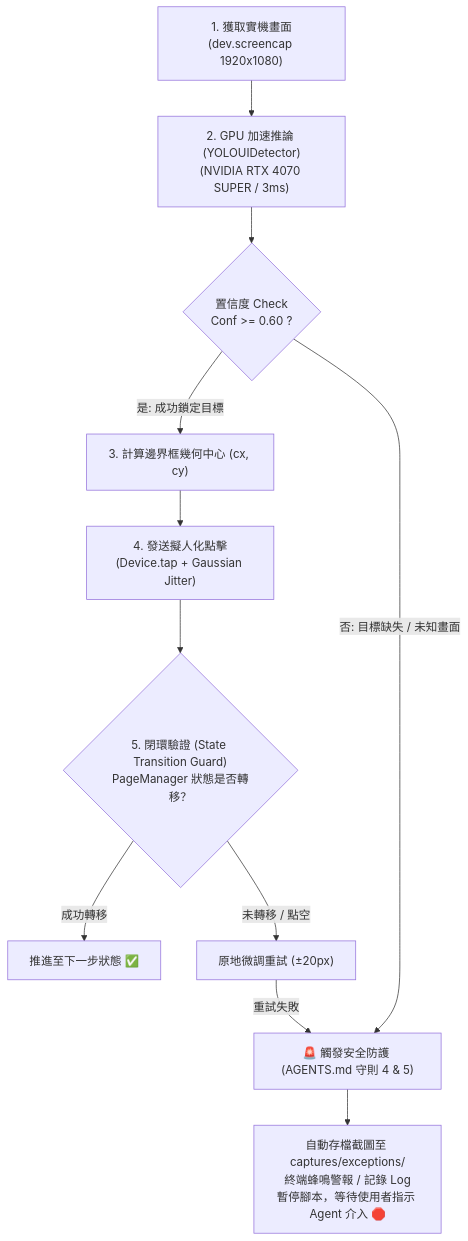
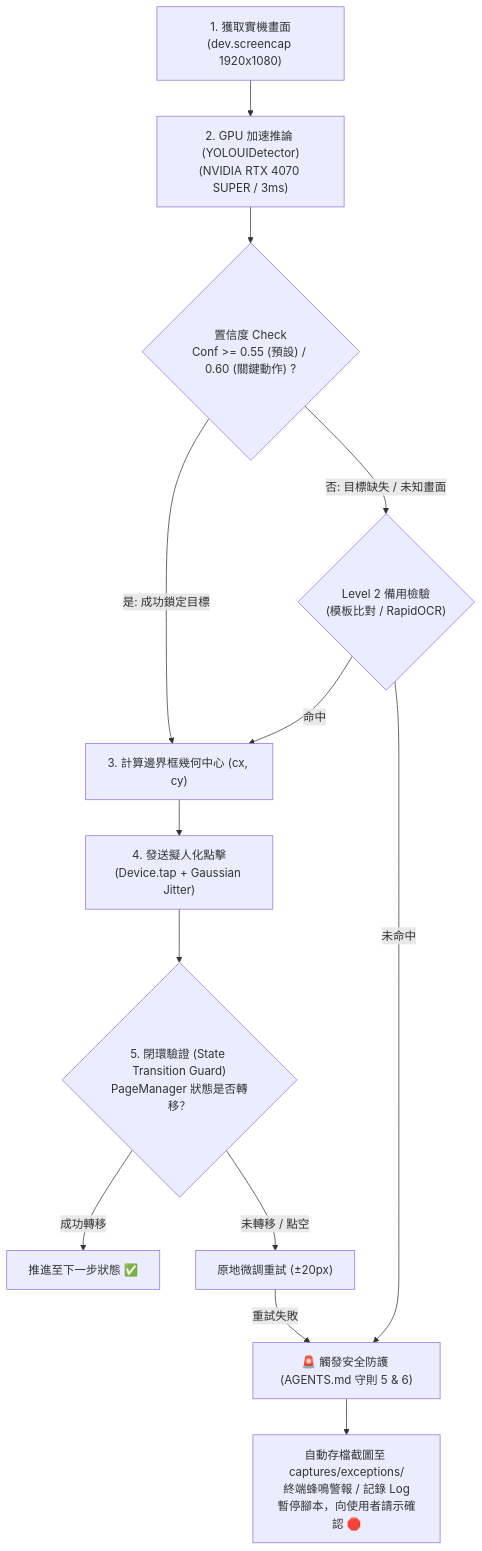
Before and after one commit to SaChiShark/sd_gundam_script: the diagram in .agents/skills/yolo-ui-detection/SKILL.md, drawn with Mermaid. The commit also changed other lines of this file and 38 other files, not shown here.

````diff
--- a/.agents/skills/yolo-ui-detection/SKILL.md
+++ b/.agents/skills/yolo-ui-detection/SKILL.md
@@ -32,18 +41,20 @@
 ```mermaid
 flowchart TD
     Capture["1. 獲取實機畫面<br>(dev.screencap 1920x1080)"] --> YOLO["2. GPU 加速推論 (YOLOUIDetector)<br>(NVIDIA RTX 4070 SUPER / 3ms)"]
     
-    YOLO --> ConfCheck{"置信度 Check<br>Conf >= 0.60 ?"}
+    YOLO --> ConfCheck{"置信度 Check<br>Conf >= 0.55 (預設) / 0.60 (關鍵動作) ?"}
     
     ConfCheck -->|是: 成功鎖定目標| Calc["3. 計算邊界框幾何中心 (cx, cy)"]
     Calc --> Tap["4. 發送擬人化點擊<br>(Device.tap + Gaussian Jitter)"]
     Tap --> StateCheck{"5. 閉環驗證 (State Transition Guard)<br>PageManager 狀態是否轉移？"}
     
     StateCheck -->|成功轉移| Next["推進至下一步狀態 ✅"]
     StateCheck -->|未轉移 / 點空| Retry["原地微調重試 (±20px)"]
     
-    ConfCheck -->|否: 目標缺失 / 未知畫面| Exception["🚨 觸發安全防護 (AGENTS.md 守則 4 & 5)"]
+    ConfCheck -->|否: 目標缺失 / 未知畫面| Level2{"Level 2 備用檢驗<br>(模板比對 / RapidOCR)"}
+    Level2 -->|命中| Calc
+    Level2 -->|未命中| Exception["🚨 觸發安全防護 (AGENTS.md 守則 5 & 6)"]
     Retry -->|重試失敗| Exception
     
-    Exception --> Safety["自動存檔截圖至 captures/exceptions/<br>終端蜂鳴警報 / 記錄 Log<br>暫停腳本，等待使用者指示 Agent 介入 🛑"]
+    Exception --> Safety["自動存檔截圖至 captures/exceptions/<br>終端蜂鳴警報 / 記錄 Log<br>暫停腳本，向使用者請示確認 🛑"]
 ```
````
